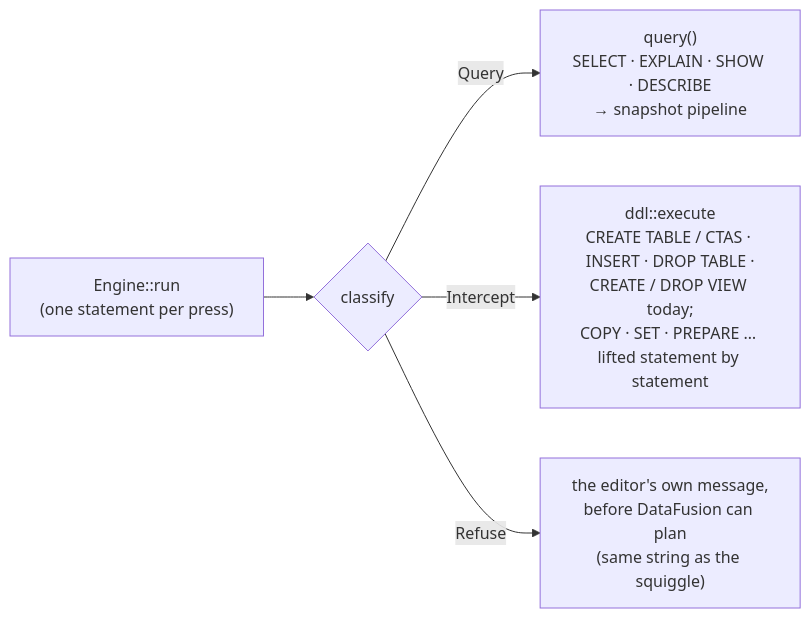
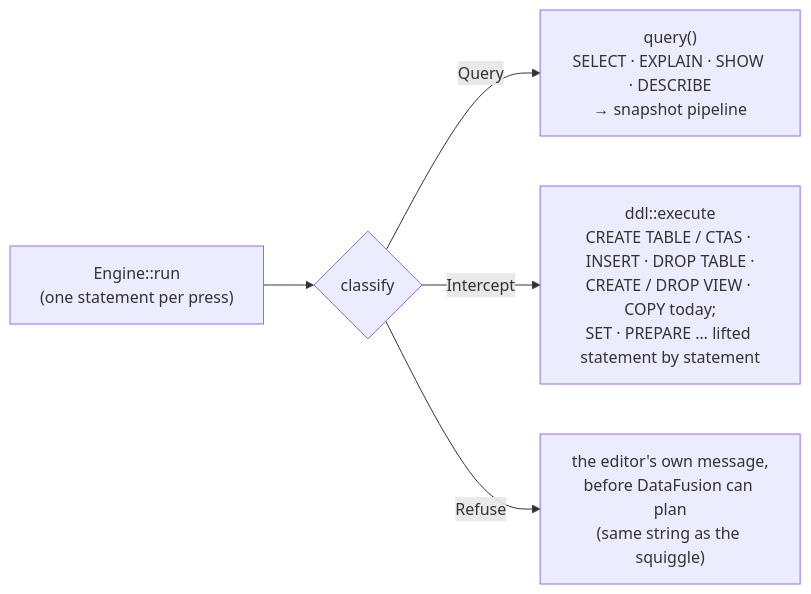
One commit to alexparlett/strata changed the second of 2 diagrams in docs/ARCHITECTURE.md. Above: the diagram before and after it, drawn with Mermaid. The commit also changed 14 other files, not shown here.

````diff
--- a/docs/ARCHITECTURE.md
+++ b/docs/ARCHITECTURE.md
@@ -91,7 +91,7 @@
 ```mermaid
 flowchart LR
     RUN["Engine::run<br/>(one statement per press)"] --> C{classify}
     C -->|Query| Q["query()<br/>SELECT · EXPLAIN · SHOW · DESCRIBE<br/>→ snapshot pipeline"]
-    C -->|Intercept| I["ddl::execute<br/>CREATE TABLE / CTAS · INSERT · DROP TABLE ·<br/>CREATE / DROP VIEW today;<br/>COPY · SET · PREPARE … lifted statement by statement"]
+    C -->|Intercept| I["ddl::execute<br/>CREATE TABLE / CTAS · INSERT · DROP TABLE ·<br/>CREATE / DROP VIEW · COPY today;<br/>SET · PREPARE … lifted statement by statement"]
     C -->|Refuse| R["the editor's own message,<br/>before DataFusion can plan<br/>(same string as the squiggle)"]
 ```
````
